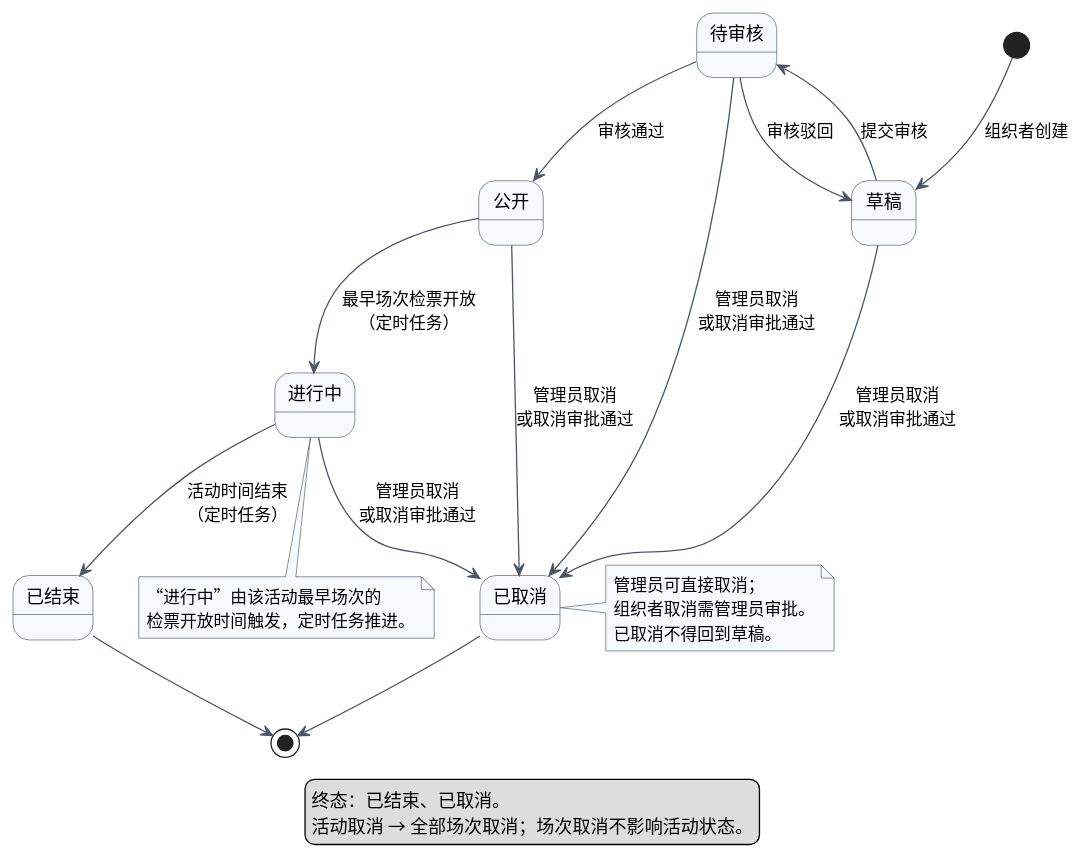
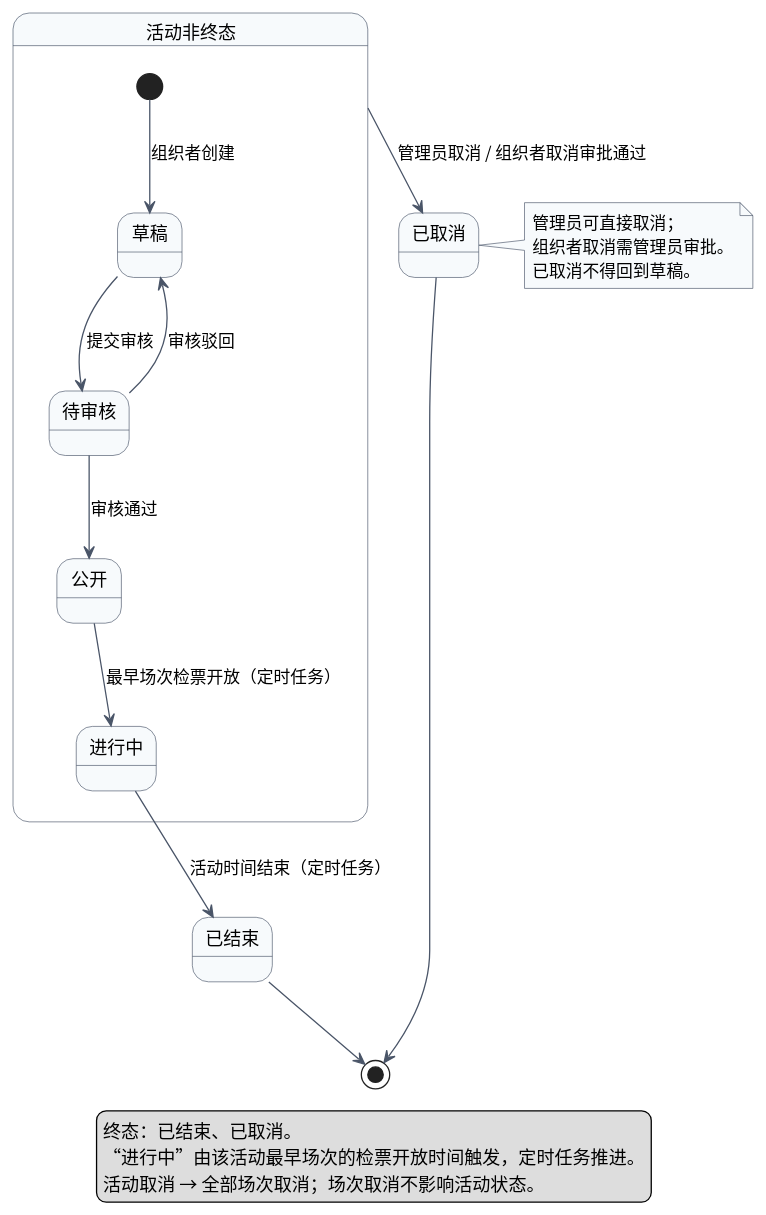
Before and after one commit to Lewis-44-China/se-lab1-requirements: the diagram in lab2/UML/UML状态图_活动.puml, drawn with PlantUML. The commit also changed 5 other files, not shown here.

First line of the commit message:
lab2: 简化状态图布局

```diff
--- a/lab2/UML/UML状态图_活动.puml
+++ b/lab2/UML/UML状态图_活动.puml
@@ -1,47 +1,43 @@
 @startuml UML状态图_活动
 skinparam shadowing false
 skinparam defaultFontName "Noto Sans CJK SC"
 skinparam ArrowColor #4A5568
 skinparam StateBackgroundColor #F7FAFC
 skinparam StateBorderColor #4A5568
 skinparam noteBackgroundColor #F7FAFC
 skinparam noteBorderColor #4A5568
 
-state "草稿" as DRAFT
-state "待审核" as PENDING
-state "公开" as PUBLISHED
-state "进行中" as ONGOING
 state "已结束" as ENDED
 state "已取消" as CANCELLED
 
-[*] --> DRAFT : 组织者创建
-DRAFT --> PENDING : 提交审核
-PENDING --> PUBLISHED : 审核通过
-PENDING --> DRAFT : 审核驳回
-PUBLISHED --> ONGOING : 最早场次检票开放\n（定时任务）
-ONGOING --> ENDED : 活动时间结束\n（定时任务）
+state "活动非终态" as ACTIVE {
+  state "草稿" as DRAFT
+  state "待审核" as PENDING
+  state "公开" as PUBLISHED
+  state "进行中" as ONGOING
 
-DRAFT --> CANCELLED : 管理员取消\n或取消审批通过
-PENDING --> CANCELLED : 管理员取消\n或取消审批通过
-PUBLISHED --> CANCELLED : 管理员取消\n或取消审批通过
-ONGOING --> CANCELLED : 管理员取消\n或取消审批通过
+  [*] --> DRAFT : 组织者创建
+  DRAFT --> PENDING : 提交审核
+  PENDING --> PUBLISHED : 审核通过
+  PENDING --> DRAFT : 审核驳回
+  PUBLISHED --> ONGOING : 最早场次检票开放（定时任务）
+}
+
+ACTIVE --> CANCELLED : 管理员取消 / 组织者取消审批通过
+ONGOING --> ENDED : 活动时间结束（定时任务）
 
 ENDED --> [*]
 CANCELLED --> [*]
 
 note right of CANCELLED
   管理员可直接取消；
   组织者取消需管理员审批。
   已取消不得回到草稿。
 end note
 
-note bottom of ONGOING
-  “进行中”由该活动最早场次的
-  检票开放时间触发，定时任务推进。
-end note
-
 legend bottom
   终态：已结束、已取消。
+  “进行中”由该活动最早场次的检票开放时间触发，定时任务推进。
   活动取消 → 全部场次取消；场次取消不影响活动状态。
 endlegend
 @enduml
```
